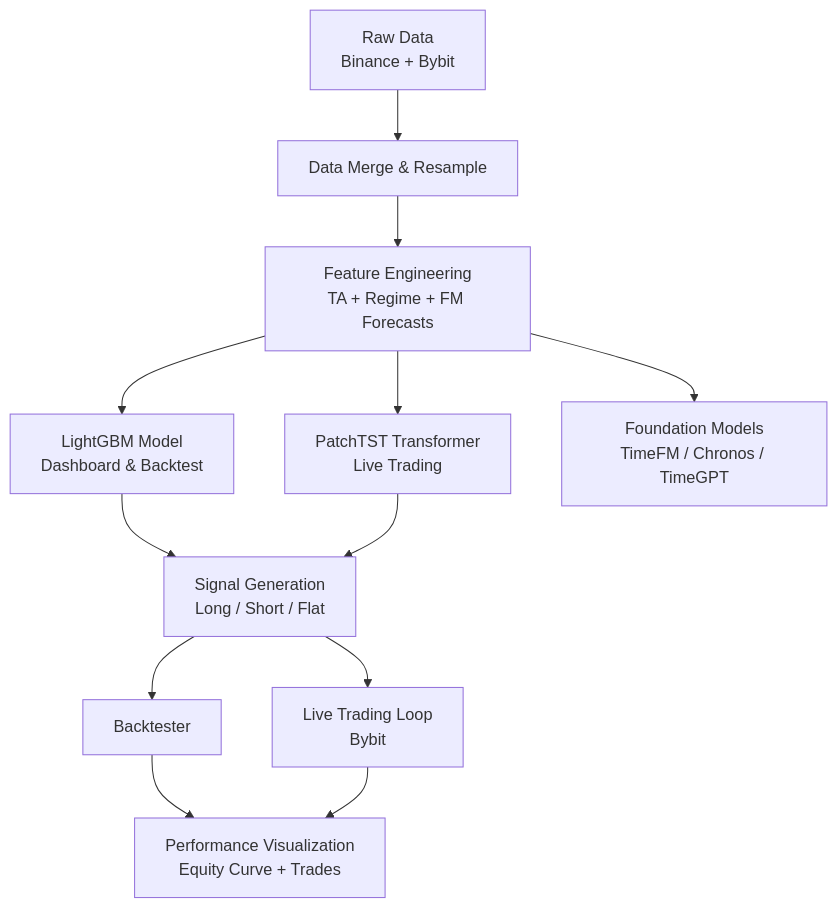
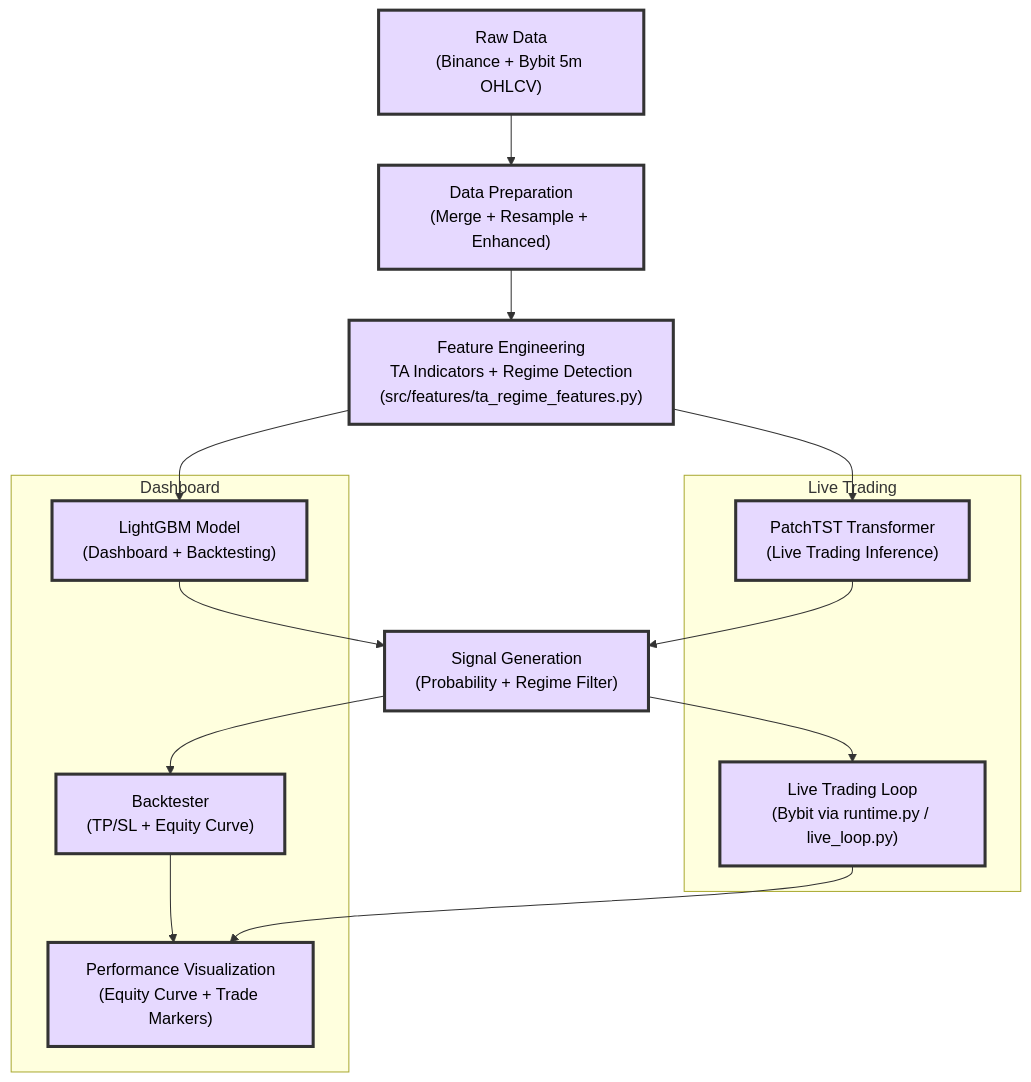
One commit to Ziggy00781/hybrid_trader changed the diagram in README.md. Above: the diagram before and after it, drawn with Mermaid. The commit also changed other lines of this file, not shown here.

````diff
--- a/README.md
+++ b/README.md
@@ -25,12 +25,33 @@
 ```mermaid
 flowchart TD
-    A[Raw Data\nBinance + Bybit] --> B[Data Merge & Resample]
-    B --> C[Feature Engineering\nTA + Regime + FM Forecasts]
-    C --> D1[LightGBM Model\nDashboard & Backtest]
-    C --> D2[PatchTST Transformer\nLive Trading]
-    C --> D3[Foundation Models\nTimeFM / Chronos / TimeGPT]
-    D1 & D2 --> E[Signal Generation\nLong / Short / Flat]
-    E --> F[Backtester]
-    E --> G[Live Trading Loop\nBybit]
-    F & G --> H[Performance Visualization\nEquity Curve + Trades]
+    A["Raw Data\n(Binance + Bybit 5m OHLCV)"] 
+    --> B["Data Preparation\n(Merge + Resample + Enhanced)"]
+
+    B --> C["Feature Engineering\nTA Indicators + Regime Detection\n(src/features/ta_regime_features.py)"]
+
+    C --> D1["LightGBM Model\n(Dashboard + Backtesting)"]
+    C --> D2["PatchTST Transformer\n(Live Trading Inference)"]
+
+    D1 --> E["Signal Generation\n(Probability + Regime Filter)"]
+    D2 --> E
+
+    E --> F["Backtester\n(TP/SL + Equity Curve)"]
+    E --> G["Live Trading Loop\n(Bybit via runtime.py / live_loop.py)"]
+
+    F --> H["Performance Visualization\n(Equity Curve + Trade Markers)"]
+    G --> H
+
+    subgraph Dashboard
+        D1
+        F
+        H
+    end
+
+    subgraph Live Trading
+        D2
+        G
+    end
+
+    classDef active fill:#E6D9FF,stroke:#333,stroke-width:3px,color:#000
+    class A,B,C,D1,D2,E,F,G,H active
 ```
````
